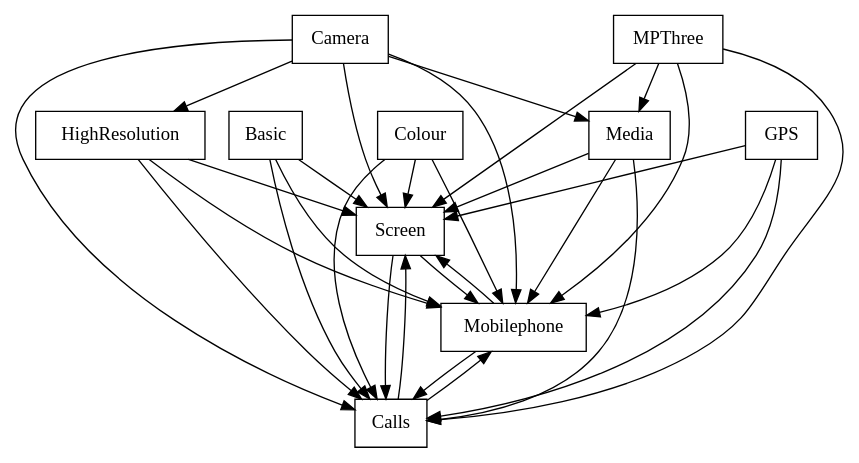
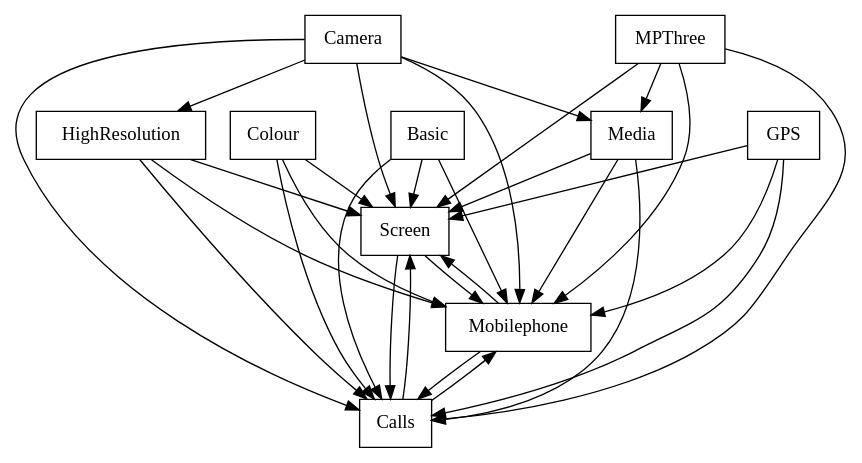
Before and after one commit to FAMILIAR-project/familiar-language: the diagram in FAMILIAR/output/SPLOT-big/fm_127_model_20120110_1719396361.xml.dot, drawn with Graphviz. The commit also changed 203 other files, not shown here.

```diff
--- a/FAMILIAR/output/SPLOT-big/fm_127_model_20120110_1719396361.xml.dot
+++ b/FAMILIAR/output/SPLOT-big/fm_127_model_20120110_1719396361.xml.dot
@@ -1,45 +1,45 @@
 digraph{
 graph [rankdir=TB];
 node [shape=box];
 edge [arrowhead=normal];
-0[label="Basic",]
+0[label="Screen",]
 1[label="Colour",]
-2[label="Screen",]
+2[label="Basic",]
 3[label="Media",]
 4[label="Camera",]
 5[label="Mobilephone",]
 6[label="MPThree",]
 7[label="GPS",]
 8[label="Calls",]
 9[label="HighResolution",]
-0->2[label="",]
 0->5[label="",]
 0->8[label="",]
-1->2[label="",]
+1->0[label="",]
 1->5[label="",]
 1->8[label="",]
+2->0[label="",]
 2->5[label="",]
 2->8[label="",]
-3->2[label="",]
+3->0[label="",]
 3->5[label="",]
 3->8[label="",]
-4->2[label="",]
+4->0[label="",]
 4->3[label="",]
 4->5[label="",]
 4->8[label="",]
 4->9[label="",]
-5->2[label="",]
+5->0[label="",]
 5->8[label="",]
-6->2[label="",]
+6->0[label="",]
 6->3[label="",]
 6->5[label="",]
 6->8[label="",]
-7->2[label="",]
+7->0[label="",]
 7->5[label="",]
 7->8[label="",]
-8->2[label="",]
+8->0[label="",]
 8->5[label="",]
-9->2[label="",]
+9->0[label="",]
 9->5[label="",]
 9->8[label="",]
 }
```
